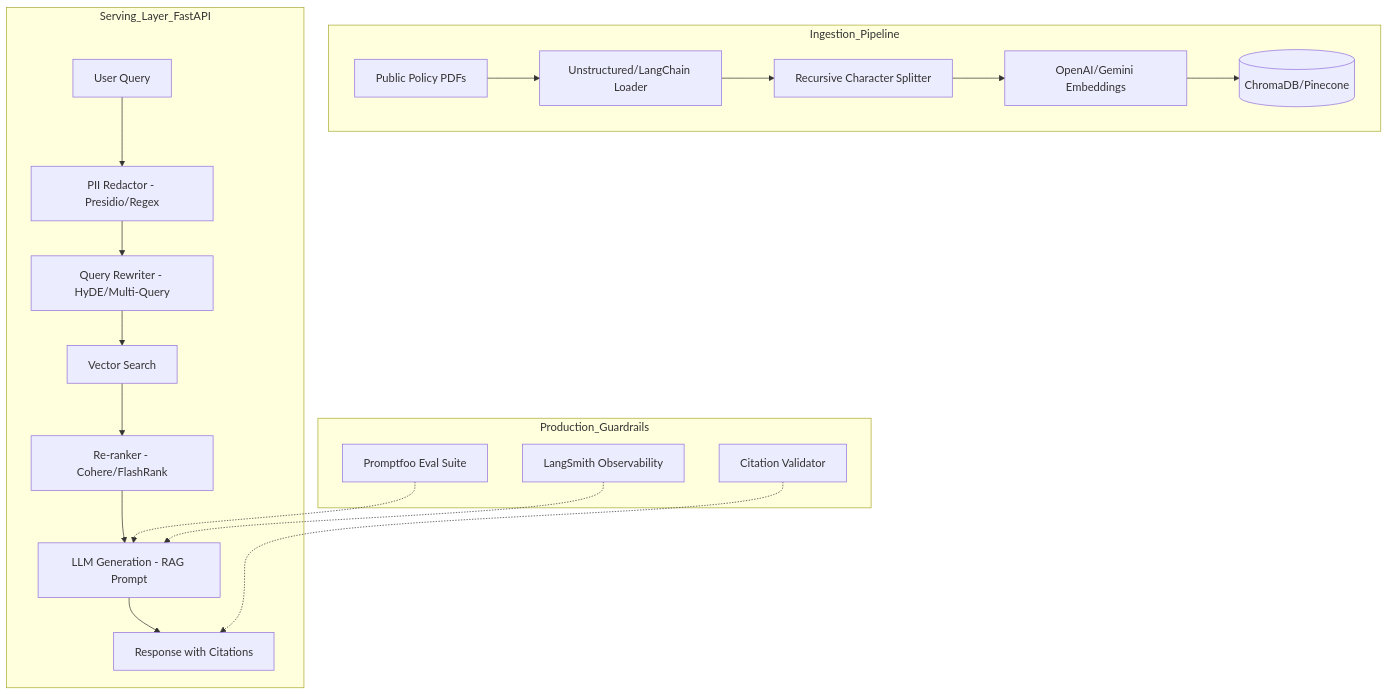
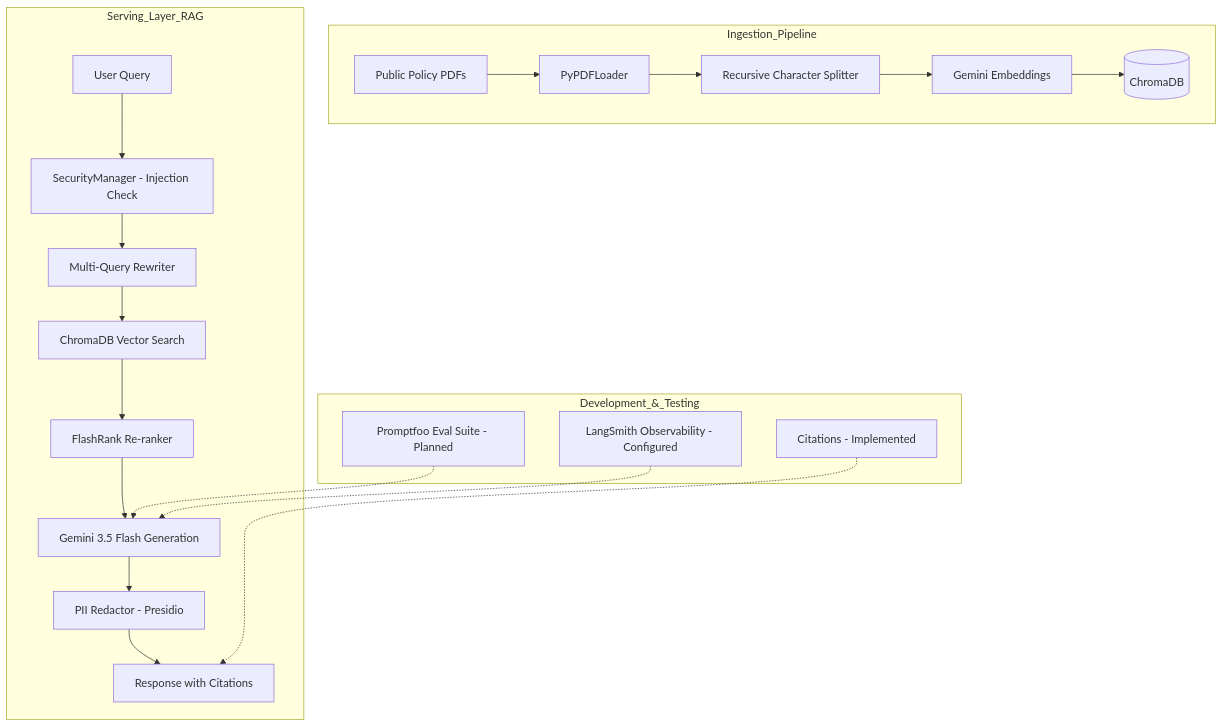
One commit to RumethH/Gov-Policy-Insight changed the diagram in RAG_ARCHITECTURE.md. Above: the diagram before and after it, drawn with Mermaid. The commit also changed other lines of this file and 2 other files, not shown here.

````diff
--- a/RAG_ARCHITECTURE.md
+++ b/RAG_ARCHITECTURE.md
@@ -7,24 +7,25 @@
 ```mermaid
 graph TD
     subgraph Ingestion_Pipeline
-        A[Public Policy PDFs] --> B[Unstructured/LangChain Loader]
+        A[Public Policy PDFs] --> B[PyPDFLoader]
         B --> C[Recursive Character Splitter]
-        C --> D[OpenAI/Gemini Embeddings]
-        D --> E[(ChromaDB/Pinecone)]
+        C --> D[Gemini Embeddings]
+        D --> E[(ChromaDB)]
     end
 
-    subgraph Serving_Layer_FastAPI
-        F[User Query] --> G[PII Redactor - Presidio/Regex]
-        G --> H[Query Rewriter - HyDE/Multi-Query]
-        H --> I[Vector Search]
-        I --> J[Re-ranker - Cohere/FlashRank]
-        J --> K[LLM Generation - RAG Prompt]
-        K --> L[Response with Citations]
+    subgraph Serving_Layer_RAG
+        F[User Query] --> G[SecurityManager - Injection Check]
+        G --> H[Multi-Query Rewriter]
+        H --> I[ChromaDB Vector Search]
+        I --> J[FlashRank Re-ranker]
+        J --> K[Gemini 3.5 Flash Generation]
+        K --> L[PII Redactor - Presidio]
+        L --> M[Response with Citations]
     end
 
-    subgraph Production_Guardrails
-        M[Promptfoo Eval Suite] -.-> K
-        N[LangSmith Observability] -.-> K
-        O[Citation Validator] -.-> L
+    subgraph Development_&_Testing
+        N[Promptfoo Eval Suite - Planned] -.-> K
+        O[LangSmith Observability - Configured] -.-> K
+        P[Citations - Implemented] -.-> M
     end
 ```
````
